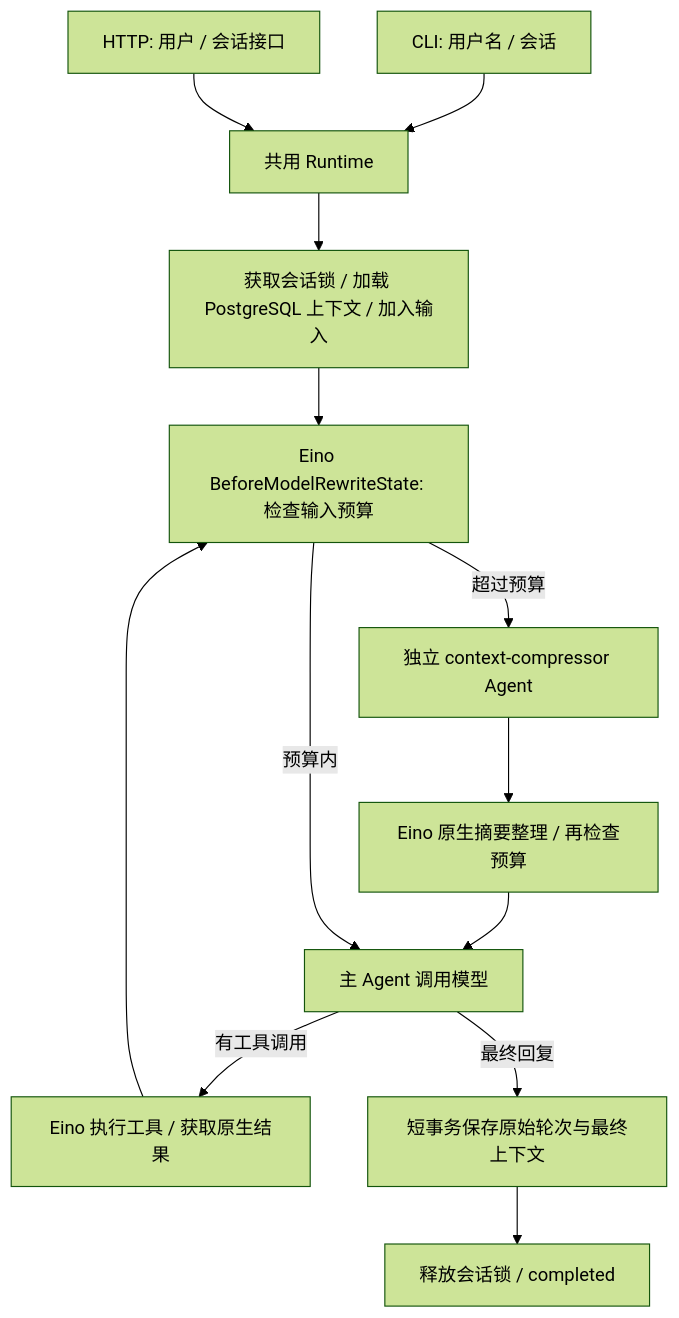
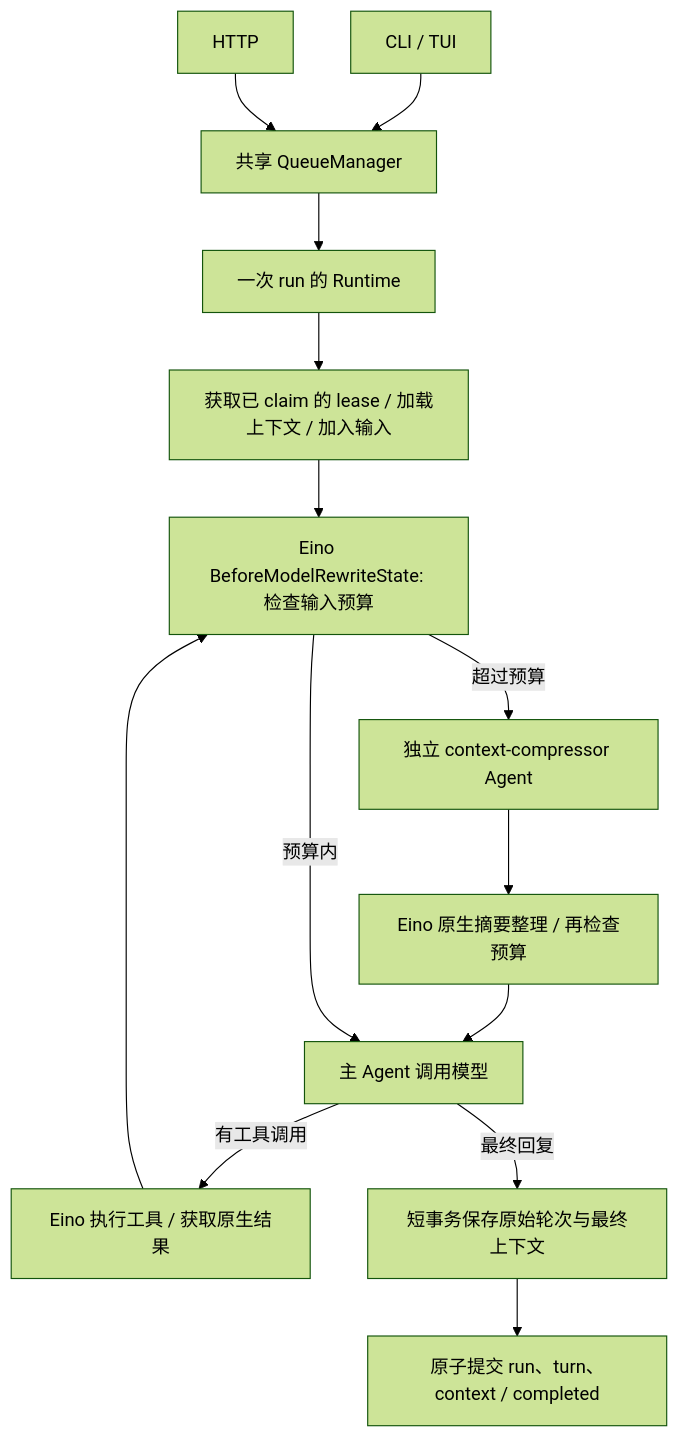
One commit to RichZDS/easygo_agent changed the diagram in README.md. Above: the diagram before and after it, drawn with Mermaid (forest theme). The commit also changed other lines of this file and 26 other files, not shown here.

Commit message:
feat: add durable per-session agent run queue

````diff
--- a/README.md
+++ b/README.md
@@ -7,15 +7,16 @@
 ```mermaid
 flowchart TD
-  CLI[CLI: 用户名 / 会话] --> Runtime[共用 Runtime]
-  HTTP[HTTP: 用户 / 会话接口] --> Runtime
-  Runtime --> Load[获取会话锁 / 加载 PostgreSQL 上下文 / 加入输入]
+  CLI[CLI / TUI] --> Queue[共享 QueueManager]
+  HTTP[HTTP] --> Queue
+  Queue --> Runtime[一次 run 的 Runtime]
+  Runtime --> Load[获取已 claim 的 lease / 加载上下文 / 加入输入]
   Load --> Check[Eino BeforeModelRewriteState: 检查输入预算]
   Check -->|超过预算| Summary[独立 context-compressor Agent]
   Summary --> Finalize[Eino 原生摘要整理 / 再检查预算]
   Finalize --> Model[主 Agent 调用模型]
   Check -->|预算内| Model
   Model -->|有工具调用| Tools[Eino 执行工具 / 获取原生结果]
   Tools --> Check
   Model -->|最终回复| Save[短事务保存原始轮次与最终上下文]
-  Save --> Done[释放会话锁 / completed]
+  Save --> Done[原子提交 run、turn、context / completed]
 ```
````
